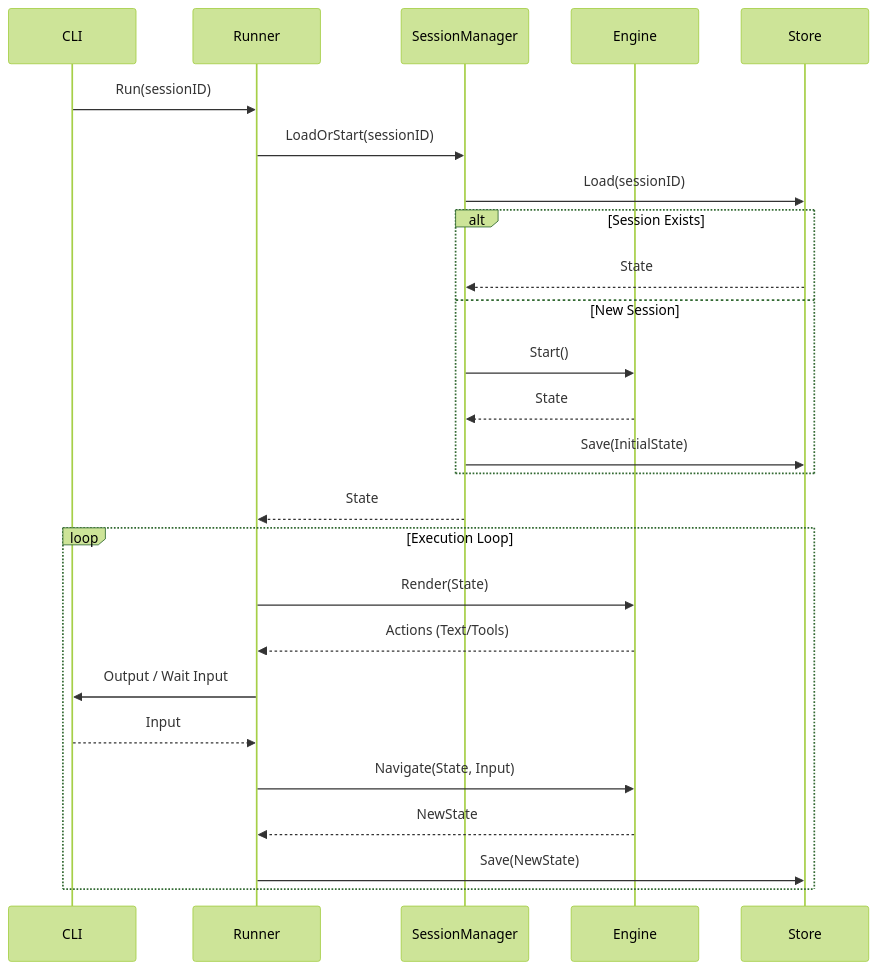
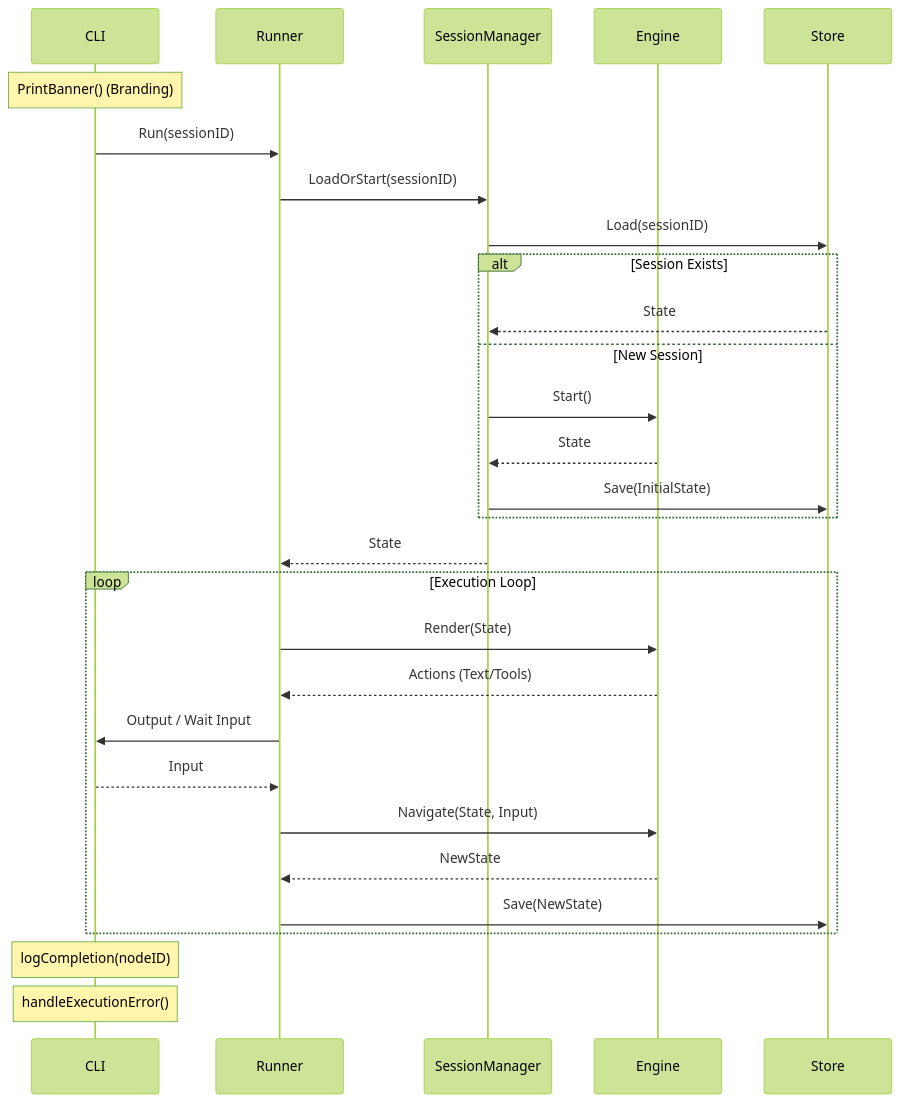
One commit to aretw0/trellis changed the seventh of 13 diagrams in docs/TECHNICAL.md. Above: the diagram before and after it, drawn with Mermaid (forest theme). The commit also changed 1 other file, not shown here.

Commit message:
docs: update CLI interaction documentation and implicit sessions
Updated diagrams in TECHNICAL.md and documented the new 'watch-dev' automatic session behavior in the session management guide.

````diff
--- a/docs/TECHNICAL.md
+++ b/docs/TECHNICAL.md
@@ -363,30 +363,34 @@
 ```mermaid
 sequenceDiagram
     participant CLI
     participant Runner
     participant SessionManager
     participant Engine
     participant Store
 
+    Note over CLI: PrintBanner() (Branding)
     CLI->>Runner: Run(sessionID)
     Runner->>SessionManager: LoadOrStart(sessionID)
     SessionManager->>Store: Load(sessionID)
     alt Session Exists
         Store-->>SessionManager: State
     else New Session
         SessionManager->>Engine: Start()
         Engine-->>SessionManager: State
         SessionManager->>Store: Save(InitialState)
     end
     SessionManager-->>Runner: State
 
     loop Execution Loop
         Runner->>Engine: Render(State)
         Engine-->>Runner: Actions (Text/Tools)
         Runner->>CLI: Output / Wait Input
         CLI-->>Runner: Input
         Runner->>Engine: Navigate(State, Input)
         Engine-->>Runner: NewState
         Runner->>Store: Save(NewState)
     end
+
+    Note over CLI: logCompletion(nodeID)
+    Note over CLI: handleExecutionError()
 ```
````
